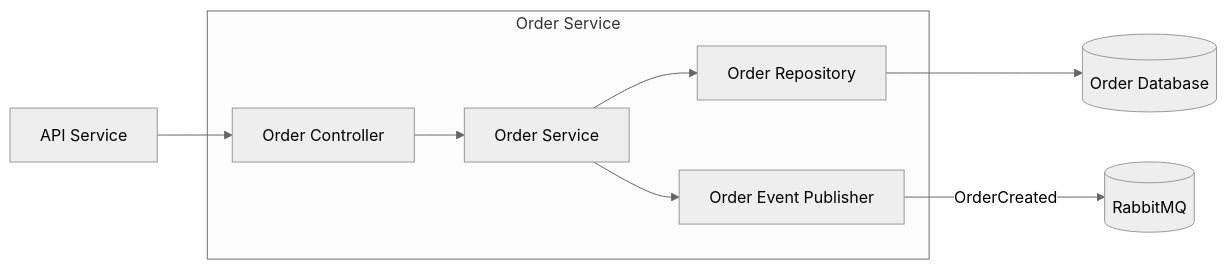
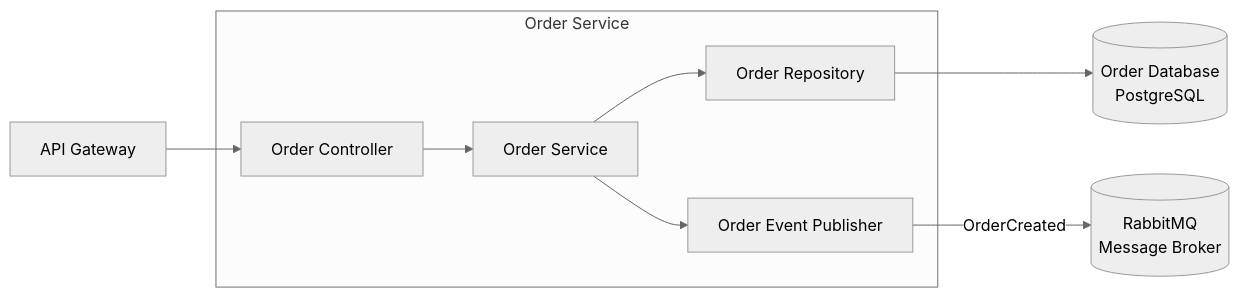
Before and after one commit to victorgianvechio/microservices-demo: the diagram in docs/architecture/c4-component-order-service.md, drawn with Mermaid (neutral theme). The commit also changed 6 other files, not shown here.

````diff
--- a/docs/architecture/c4-component-order-service.md
+++ b/docs/architecture/c4-component-order-service.md
@@ -8,29 +8,30 @@
 ```mermaid
 flowchart LR
 
-Client[API Service]
+APIGateway[API Gateway]
 
-Rabbit[(RabbitMQ)]
-DB[(Order Database)]
+Rabbit[(RabbitMQ<br>Message Broker)]
+
+DB[(Order Database<br>PostgreSQL)]
 
 subgraph Order Service
 
 Controller[Order Controller]
 
 Service[Order Service]
 
 Repository[Order Repository]
 
 Publisher[Order Event Publisher]
 
 end
 
-Client --> Controller
+APIGateway --> Controller
 Controller --> Service
 
 Service --> Repository
 Repository --> DB
 
 Service --> Publisher
 Publisher -->|OrderCreated| Rabbit
 ```
````
